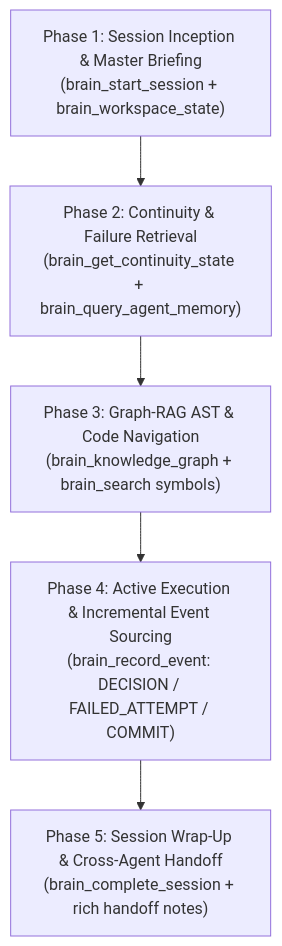
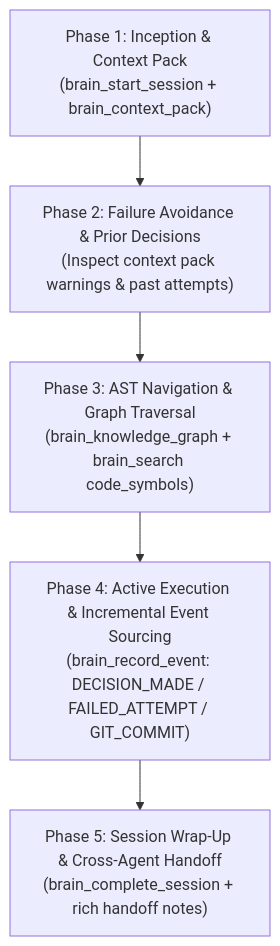
One commit to balarakesh5323-droid/Second-Brain changed the diagram in .agents/skills/second-brain/SKILL.md. Above: the diagram before and after it, drawn with Mermaid. The commit also changed other lines of this file and 8 other files, not shown here.

Commit message:
feat(skill): implement 1-shot brain_context_pack, adaptive retrieval policy, and MCP contract test suite

````diff
--- a/.agents/skills/second-brain/SKILL.md
+++ b/.agents/skills/second-brain/SKILL.md
@@ -56,7 +81,7 @@
 ```mermaid
 flowchart TD
-    P1["Phase 1: Session Inception & Master Briefing\n(brain_start_session + brain_workspace_state)"] --> P2["Phase 2: Continuity & Failure Retrieval\n(brain_get_continuity_state + brain_query_agent_memory)"]
-    P2 --> P3["Phase 3: Graph-RAG AST & Code Navigation\n(brain_knowledge_graph + brain_search symbols)"]
-    P3 --> P4["Phase 4: Active Execution & Incremental Event Sourcing\n(brain_record_event: DECISION / FAILED_ATTEMPT / COMMIT)"]
+    P1["Phase 1: Inception & Context Pack\n(brain_start_session + brain_context_pack)"] --> P2["Phase 2: Failure Avoidance & Prior Decisions\n(Inspect context pack warnings & past attempts)"]
+    P2 --> P3["Phase 3: AST Navigation & Graph Traversal\n(brain_knowledge_graph + brain_search code_symbols)"]
+    P3 --> P4["Phase 4: Active Execution & Incremental Event Sourcing\n(brain_record_event: DECISION_MADE / FAILED_ATTEMPT / GIT_COMMIT)"]
     P4 --> P5["Phase 5: Session Wrap-Up & Cross-Agent Handoff\n(brain_complete_session + rich handoff notes)"]
 ```
````
